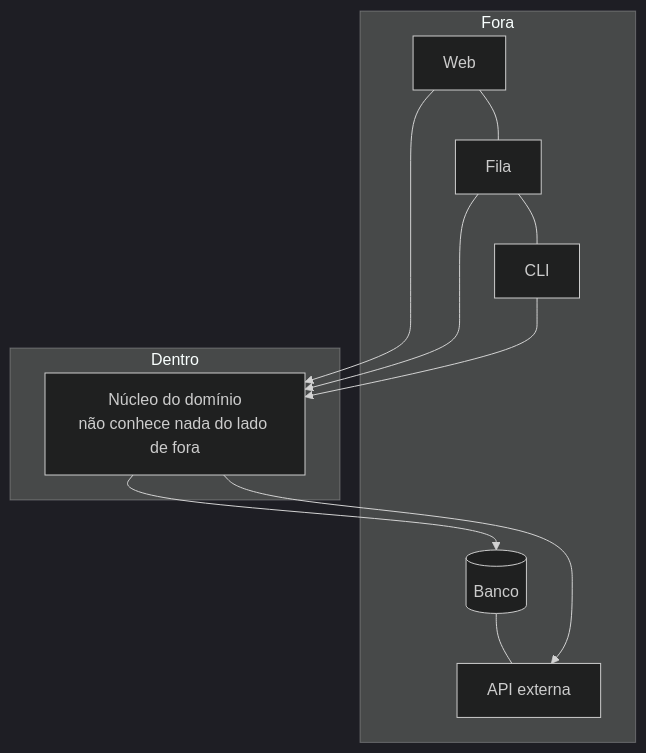
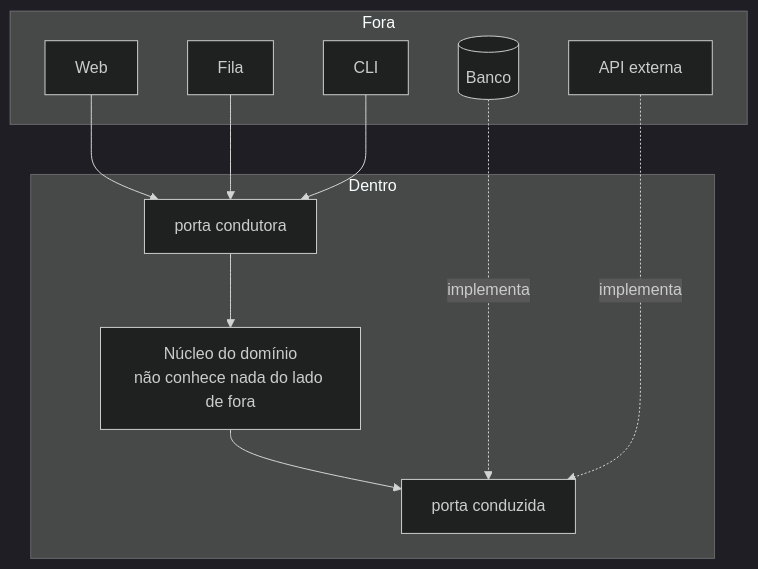
One commit to oadcavalcante/software-architecture-mastery changed the diagram in docs/02-software-design/hexagonal-architecture.md. Above: the diagram before and after it, drawn with Mermaid (dark theme). The commit also changed other lines of this file and 20 other files, not shown here.

````diff
--- a/docs/02-software-design/hexagonal-architecture.md
+++ b/docs/02-software-design/hexagonal-architecture.md
@@ -52,15 +56,22 @@
 ```mermaid
 graph TB
   subgraph Fora
-    W[Web] --- Q[Fila] --- C[CLI]
-    DB[(Banco)] --- EXT[API externa]
+    W[Web]
+    Q[Fila]
+    C[CLI]
+    DB[(Banco)]
+    EXT[API externa]
   end
   subgraph Dentro
+    PP["porta condutora"]
     N[Núcleo do domínio<br/>não conhece nada do lado de fora]
+    PS["porta conduzida"]
   end
-  W --> N
-  Q --> N
-  C --> N
-  N --> DB
-  N --> EXT
+  W --> PP
+  Q --> PP
+  C --> PP
+  PP --> N
+  N --> PS
+  DB -.implementa.-> PS
+  EXT -.implementa.-> PS
 ```
````
